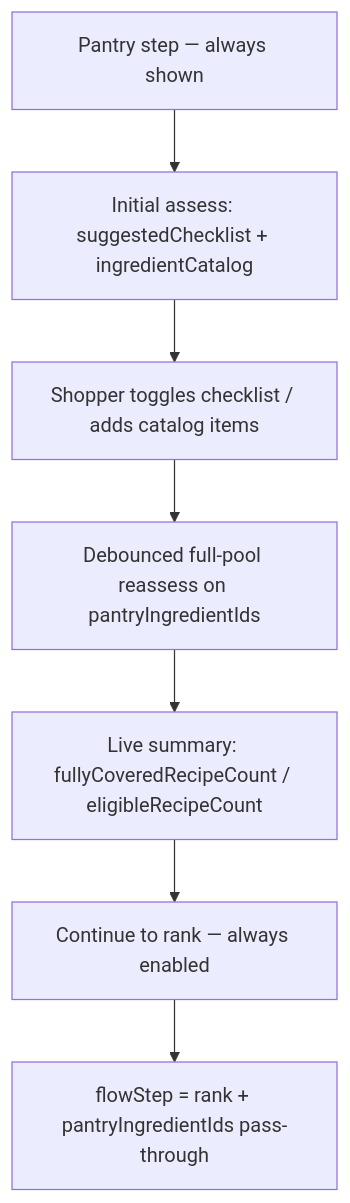
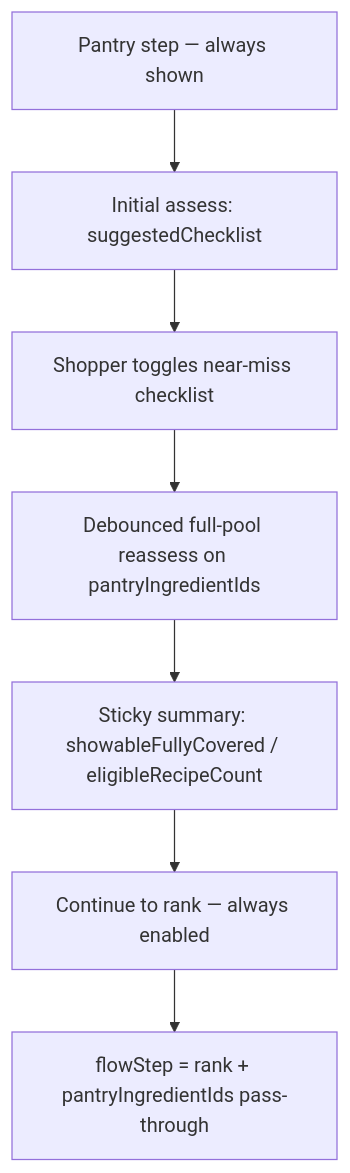
Before and after one commit to sfh1980/Yum4Less: the eighth of 11 diagrams in docs/application-decision-trees.md, drawn with Mermaid. The commit also changed other lines of this file and 39 other files, not shown here.

````diff
--- a/docs/application-decision-trees.md
+++ b/docs/application-decision-trees.md
@@ -254,9 +258,9 @@
 ```mermaid
 flowchart TD
-  A[Pantry step — always shown] --> B[Initial assess: suggestedChecklist + ingredientCatalog]
-  B --> C[Shopper toggles checklist / adds catalog items]
+  A[Pantry step — always shown] --> B[Initial assess: suggestedChecklist]
+  B --> C[Shopper toggles near-miss checklist]
   C --> D[Debounced full-pool reassess on pantryIngredientIds]
-  D --> E[Live summary: fullyCoveredRecipeCount / eligibleRecipeCount]
+  D --> E[Sticky summary: showableFullyCovered / eligibleRecipeCount]
   E --> F[Continue to rank — always enabled]
   F --> G[flowStep = rank + pantryIngredientIds pass-through]
 ```
````
